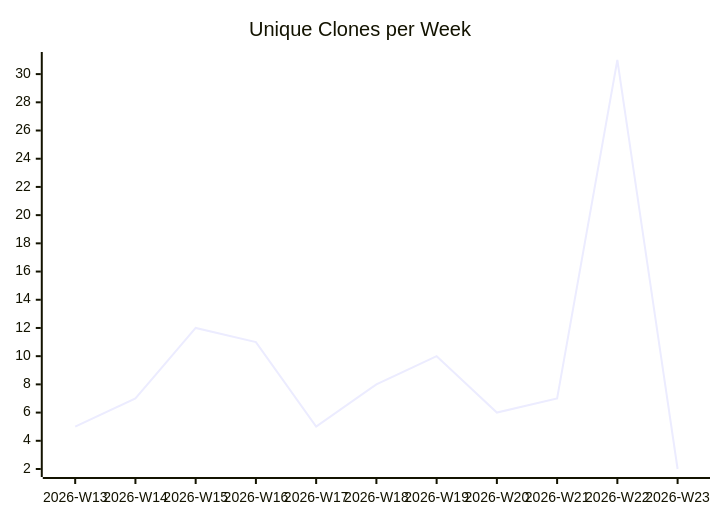
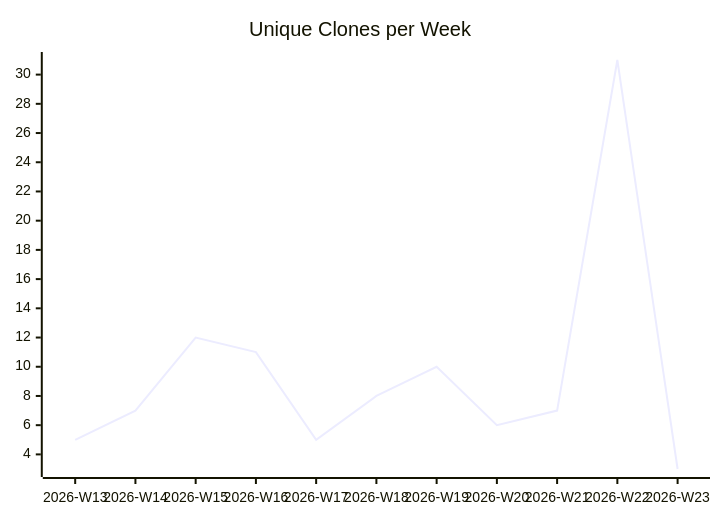
The third of 3 diagrams in karlmdavis/fhir-benchmarks/README.md (justdavis-family/github-analytics-data), drawn with Mermaid before and after one commit. The commit also changed other lines of this file and 186 other files, not shown here.

````diff
--- a/karlmdavis/fhir-benchmarks/README.md
+++ b/karlmdavis/fhir-benchmarks/README.md
@@ -19,6 +19,6 @@
 ```mermaid
 xychart-beta
   title "Unique Clones per Week"
   x-axis ["2026-W13", "2026-W14", "2026-W15", "2026-W16", "2026-W17", "2026-W18", "2026-W19", "2026-W20", "2026-W21", "2026-W22", "2026-W23"]
-  line [5, 7, 12, 11, 5, 8, 10, 6, 7, 31, 2]
+  line [5, 7, 12, 11, 5, 8, 10, 6, 7, 31, 3]
 ```
````
